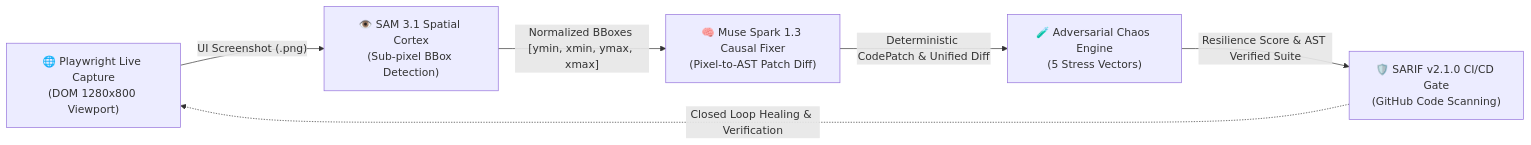
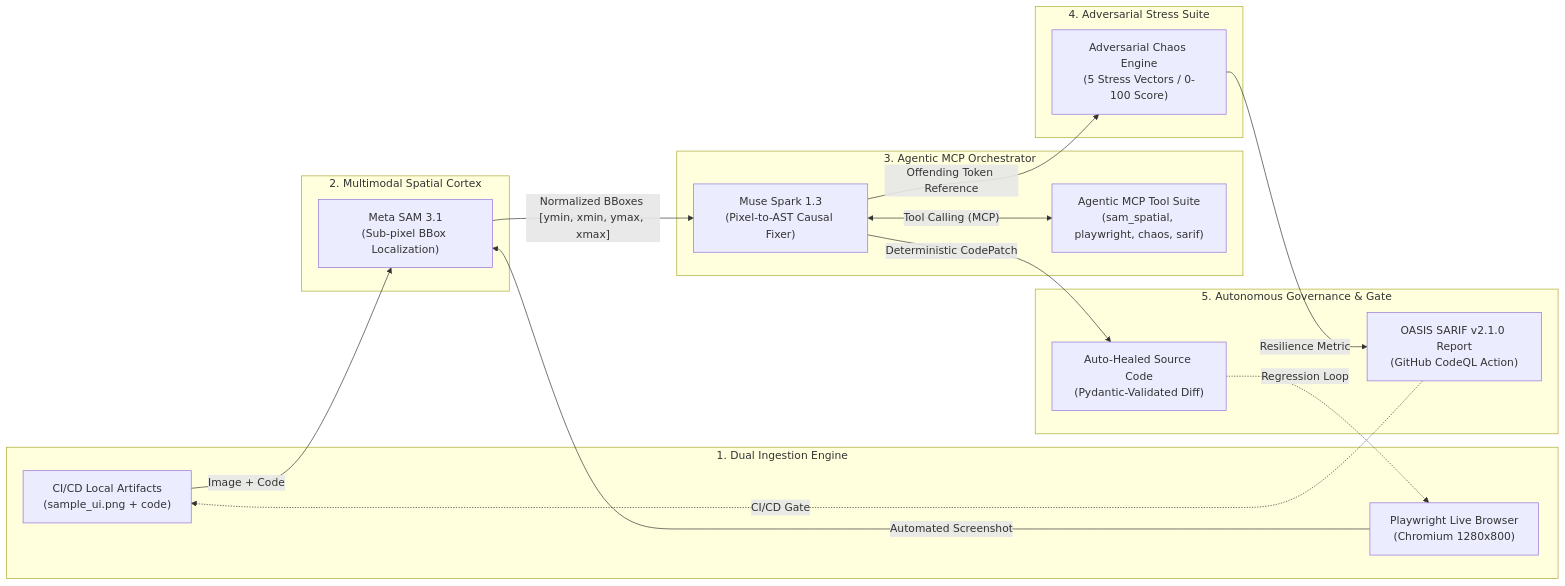
Before and after one commit to franshesco79/QA-Swarm: the diagram in README.md, drawn with Mermaid. The commit also changed other lines of this file, not shown here.

Commit message:
docs: complete enterprise documentation with closed-loop architecture and MCP telemetry

````diff
--- a/README.md
+++ b/README.md
@@ -41,14 +41,35 @@
 ```mermaid
 flowchart LR
-    PLAYWRIGHT["🌐 Playwright Live Capture<br/>(DOM 1280x800 Viewport)"]
-    SAM3["👁️ SAM 3.1 Spatial Cortex<br/>(Sub-pixel BBox Detection)"]
-    MUSE["🧠 Muse Spark 1.3 Causal Fixer<br/>(Pixel-to-AST Patch Diff)"]
-    CHAOS["🧪 Adversarial Chaos Engine<br/>(5 Stress Vectors)"]
-    SARIF["🛡️ SARIF v2.1.0 CI/CD Gate<br/>(GitHub Code Scanning)"]
+    subgraph INGESTION["1. Dual Ingestion Engine"]
+        LOCAL["CI/CD Local Artifacts<br/>(sample_ui.png + code)"]
+        LIVE["Playwright Live Browser<br/>(Chromium 1280x800)"]
+    end
 
-    PLAYWRIGHT -->|"UI Screenshot (.png)"| SAM3
+    subgraph VISION["2. Multimodal Spatial Cortex"]
+        SAM3["Meta SAM 3.1<br/>(Sub-pixel BBox Localization)"]
+    end
+
+    subgraph CORRELATION["3. Agentic MCP Orchestrator"]
+        MUSE["Muse Spark 1.3<br/>(Pixel-to-AST Causal Fixer)"]
+        MCP["Agentic MCP Tool Suite<br/>(sam_spatial, playwright, chaos, sarif)"]
+    end
+
+    subgraph RESILIENCE["4. Adversarial Stress Suite"]
+        CHAOS["Adversarial Chaos Engine<br/>(5 Stress Vectors / 0-100 Score)"]
+    end
+
+    subgraph DELIVERY["5. Autonomous Governance & Gate"]
+        HEAL["Auto-Healed Source Code<br/>(Pydantic-Validated Diff)"]
+        SARIF["OASIS SARIF v2.1.0 Report<br/>(GitHub CodeQL Action)"]
+    end
+
+    LOCAL -->|"Image + Code"| SAM3
+    LIVE -->|"Automated Screenshot"| SAM3
     SAM3 -->|"Normalized BBoxes [ymin, xmin, ymax, xmax]"| MUSE
-    MUSE -->|"Deterministic CodePatch & Unified Diff"| CHAOS
-    CHAOS -->|"Resilience Score & AST Verified Suite"| SARIF
-    SARIF -.->|"Closed Loop Healing & Verification"| PLAYWRIGHT
+    MUSE <-->|"Tool Calling (MCP)"| MCP
+    MUSE -->|"Deterministic CodePatch"| HEAL
+    MUSE -->|"Offending Token Reference"| CHAOS
+    CHAOS -->|"Resilience Metric"| SARIF
+    HEAL -.->|"Regression Loop"| LIVE
+    SARIF -.->|"CI/CD Gate"| LOCAL
 ```
````
